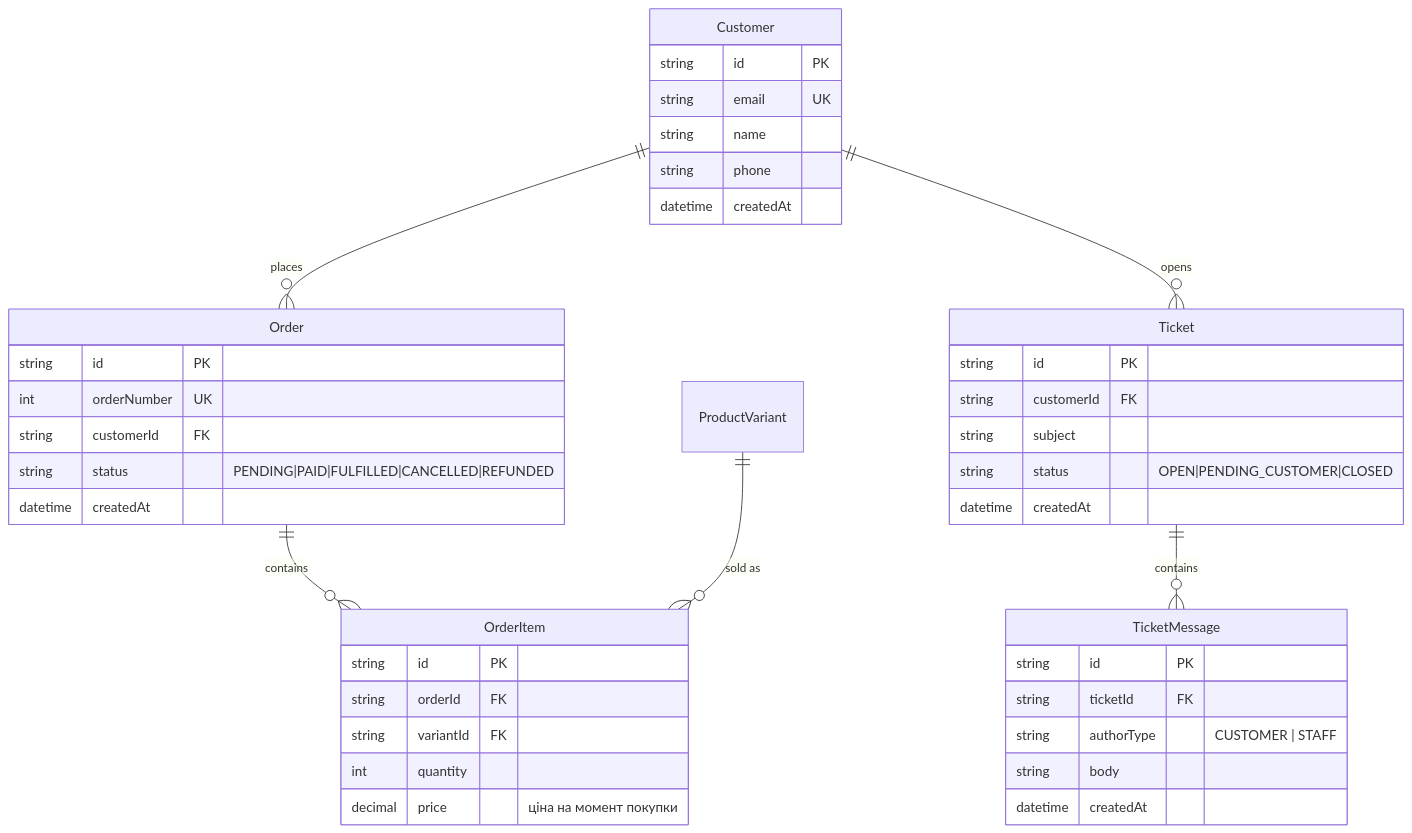
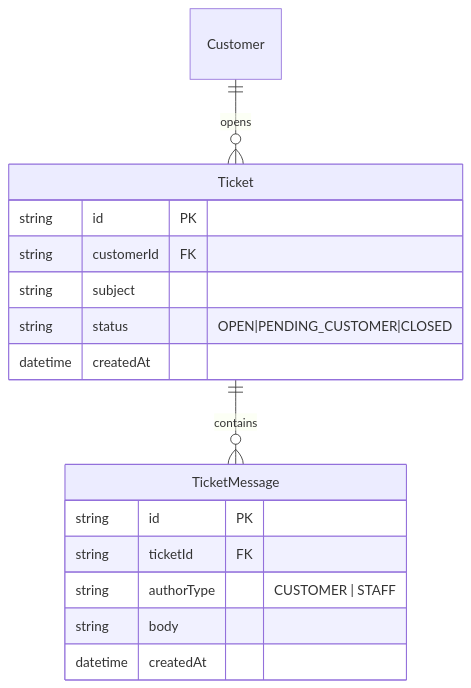
Before and after one commit to MaksymHeraskevych-Hallwil/storefront: the third of 7 diagrams in DESIGN.md, drawn with Mermaid. The commit also changed 18 other files, not shown here.

````diff
--- a/DESIGN.md
+++ b/DESIGN.md
@@ -108,48 +136,21 @@
 ```mermaid
 erDiagram
-    Customer ||--o{ Order : "places"
     Customer ||--o{ Ticket : "opens"
-    Order ||--o{ OrderItem : "contains"
-    ProductVariant ||--o{ OrderItem : "sold as"
     Ticket ||--o{ TicketMessage : "contains"
-
-    Customer {
-        string id PK
-        string email UK
-        string name
-        string phone
-        datetime createdAt
-    }
-
-    Order {
-        string id PK
-        int orderNumber UK
-        string customerId FK
-        string status "PENDING|PAID|FULFILLED|CANCELLED|REFUNDED"
-        datetime createdAt
-    }
-
-    OrderItem {
-        string id PK
-        string orderId FK
-        string variantId FK
-        int quantity
-        decimal price "ціна на момент покупки"
-    }
 
     Ticket {
         string id PK
         string customerId FK
         string subject
         string status "OPEN|PENDING_CUSTOMER|CLOSED"
         datetime createdAt
     }
 
     TicketMessage {
         string id PK
         string ticketId FK
         string authorType "CUSTOMER | STAFF"
         string body
         datetime createdAt
     }
 ```
````
